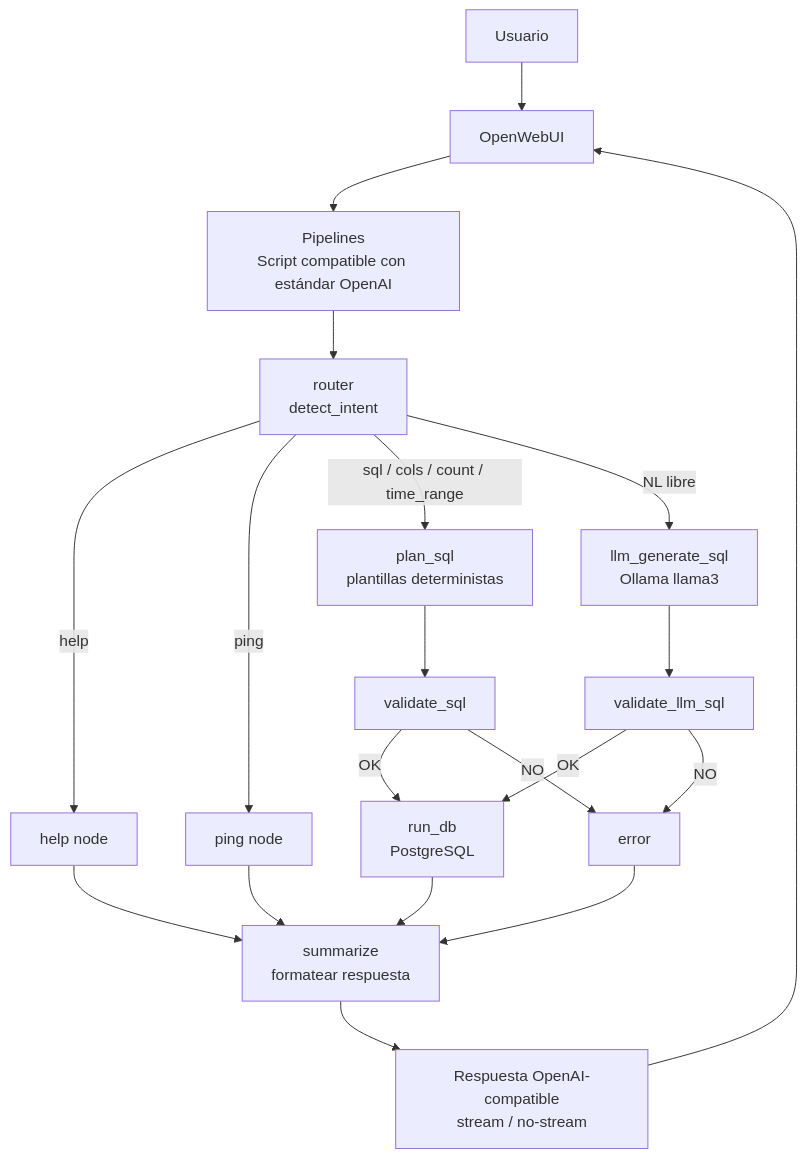
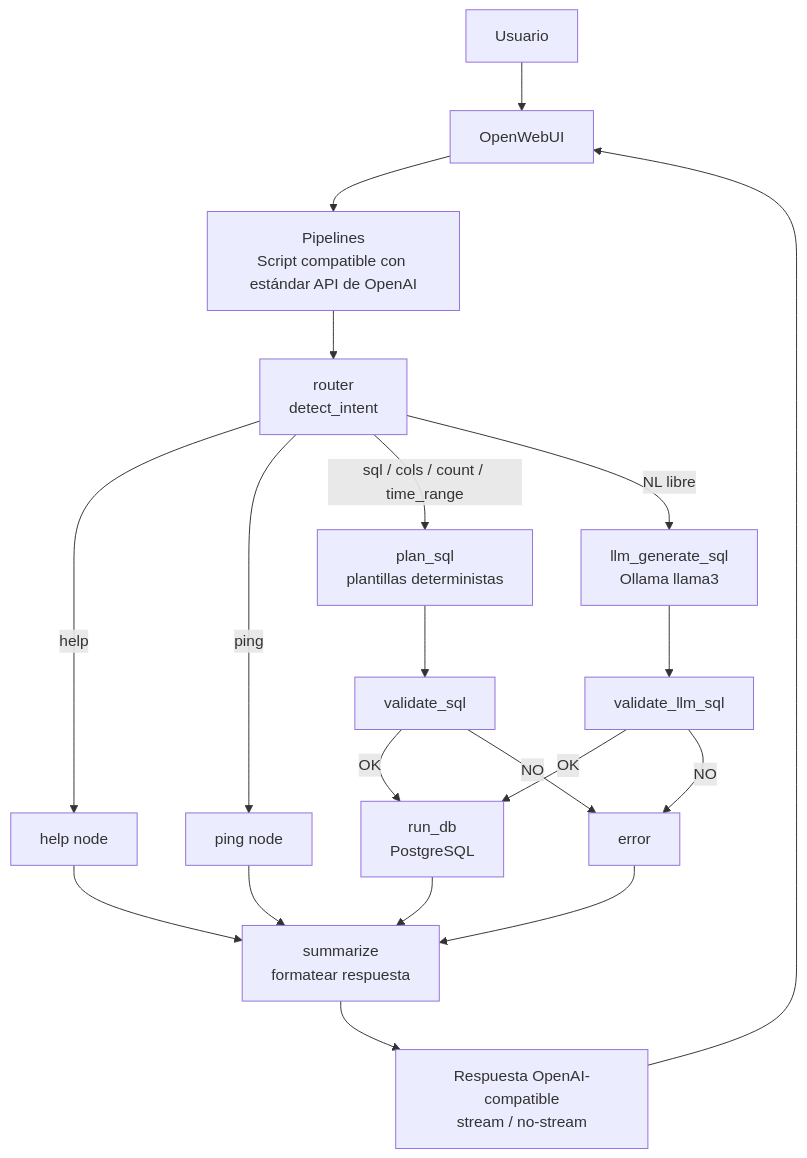
One commit to Ind50-UPM/2025-JP-GENESIS changed the diagram in TFM/Pipelines/enfoque_agenteunificado/readme.md. Above: the diagram before and after it, drawn with Mermaid.

````diff
--- a/TFM/Pipelines/enfoque_agenteunificado/readme.md
+++ b/TFM/Pipelines/enfoque_agenteunificado/readme.md
@@ -161,33 +161,33 @@
 ```mermaid
 flowchart TD
 U[Usuario] --> OW[OpenWebUI]
-  OW --> P[Pipelines<br/>Script compatible con estándar OpenAI]
+  OW --> P[Pipelines<br/>Script compatible con estándar API de OpenAI]
 
   P --> router[router<br/>detect_intent]
 
   %% Ramas iniciales
   router -->|help| help[help node]
   router -->|ping| ping[ping node]
 
   router -->|sql / cols / count / time_range| plan_sql[plan_sql<br/>plantillas deterministas]
   router -->|NL libre| llm_generate_sql[llm_generate_sql<br/>Ollama llama3]
 
   %% Ruta determinista
   plan_sql --> validate_sql_det[validate_sql]
   validate_sql_det -->|OK| run_db[run_db<br/>PostgreSQL]
   validate_sql_det -->|NO| error[error]
 
   %% Ruta LLM
   llm_generate_sql --> validate_sql_llm[validate_llm_sql]
   validate_sql_llm -->|OK| run_db
   validate_sql_llm -->|NO| error
 
   %% Común
   run_db --> summarize[summarize<br/>formatear respuesta]
   help --> summarize
   ping --> summarize
   error --> summarize
 
   summarize --> OUT[Respuesta OpenAI-compatible<br/>stream / no-stream]
   OUT --> OW
 ```
````
